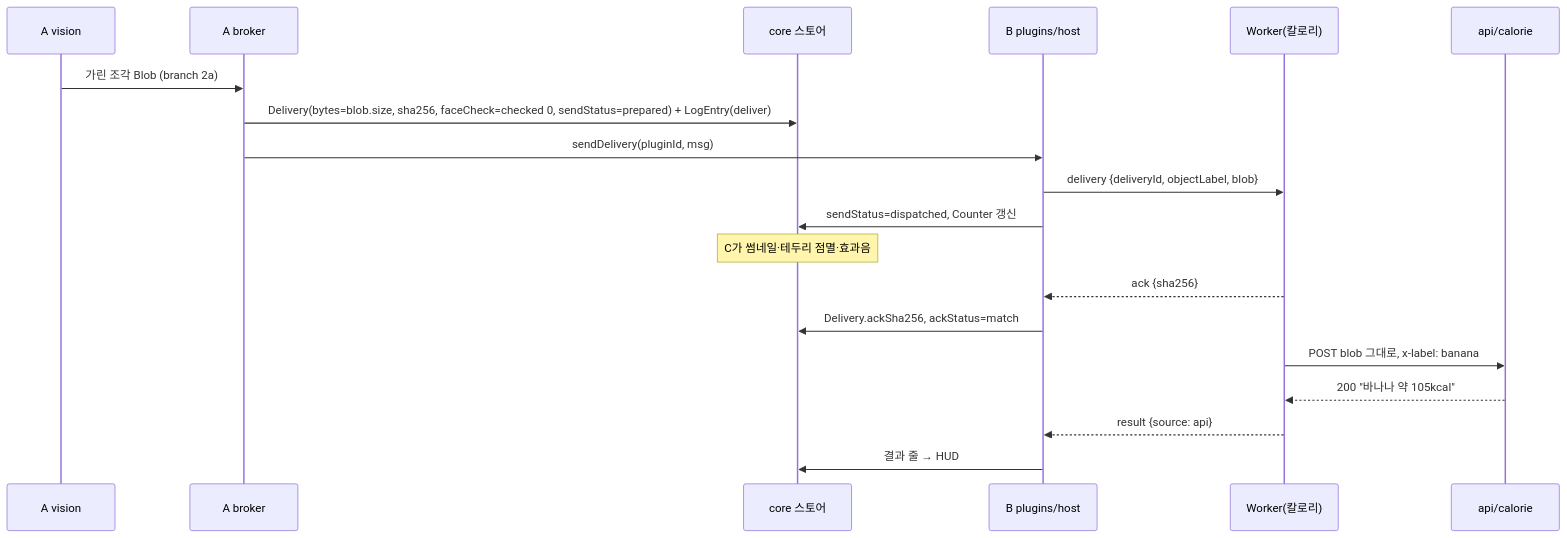
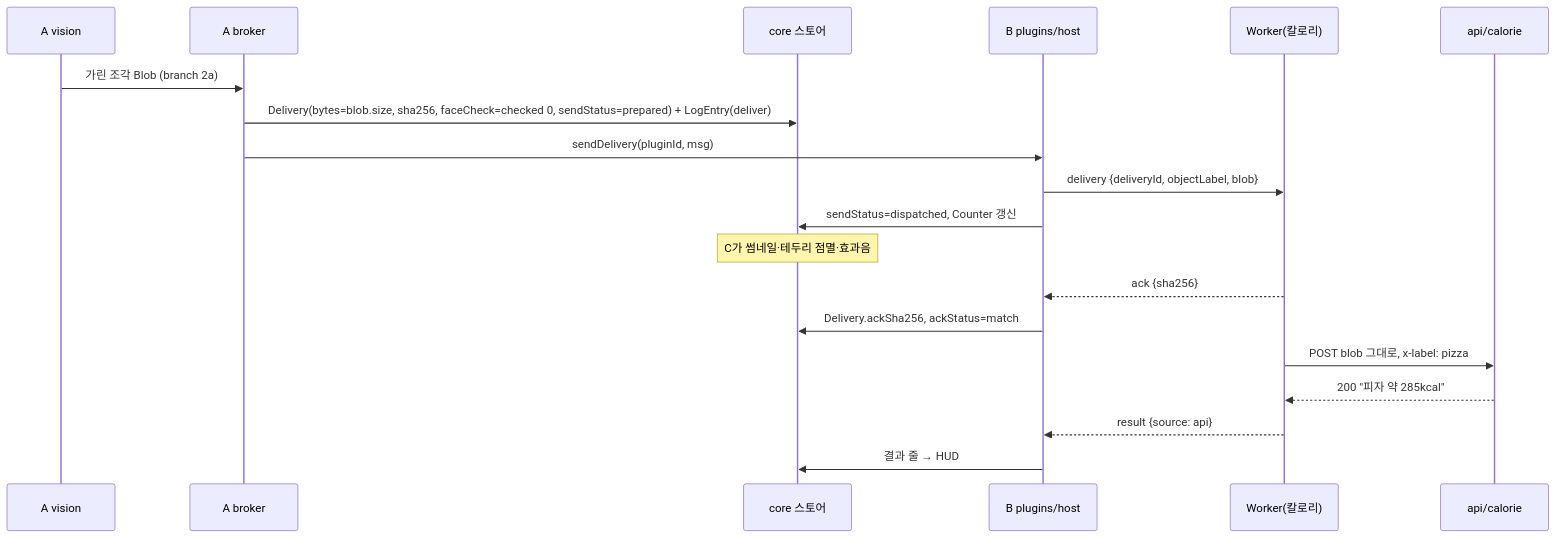
The second of 3 diagrams in docs/specs/02-SSRD.md (01Sdev/CoI_hackathon), drawn with Mermaid before and after one commit. The commit also changed other lines of this file and 13 other files, not shown here.

````diff
--- a/docs/specs/02-SSRD.md
+++ b/docs/specs/02-SSRD.md
@@ -231,21 +312,21 @@
 ```mermaid
 sequenceDiagram
   participant V as A vision
   participant BR as A broker
   participant ST as core 스토어
   participant PH as B plugins/host
   participant W as Worker(칼로리)
   participant S as api/calorie
   V->>BR: 가린 조각 Blob (branch 2a)
   BR->>ST: Delivery(bytes=blob.size, sha256, faceCheck=checked 0, sendStatus=prepared) + LogEntry(deliver)
   BR->>PH: sendDelivery(pluginId, msg)
   PH->>W: delivery {deliveryId, objectLabel, blob}
   PH->>ST: sendStatus=dispatched, Counter 갱신
   Note over ST: C가 썸네일·테두리 점멸·효과음
   W-->>PH: ack {sha256}
   PH->>ST: Delivery.ackSha256, ackStatus=match
-  W->>S: POST blob 그대로, x-label: banana
-  S-->>W: 200 "바나나 약 105kcal"
+  W->>S: POST blob 그대로, x-label: pizza
+  S-->>W: 200 "피자 약 285kcal"
   W-->>PH: result {source: api}
   PH->>ST: 결과 줄 → HUD
 ```
````
